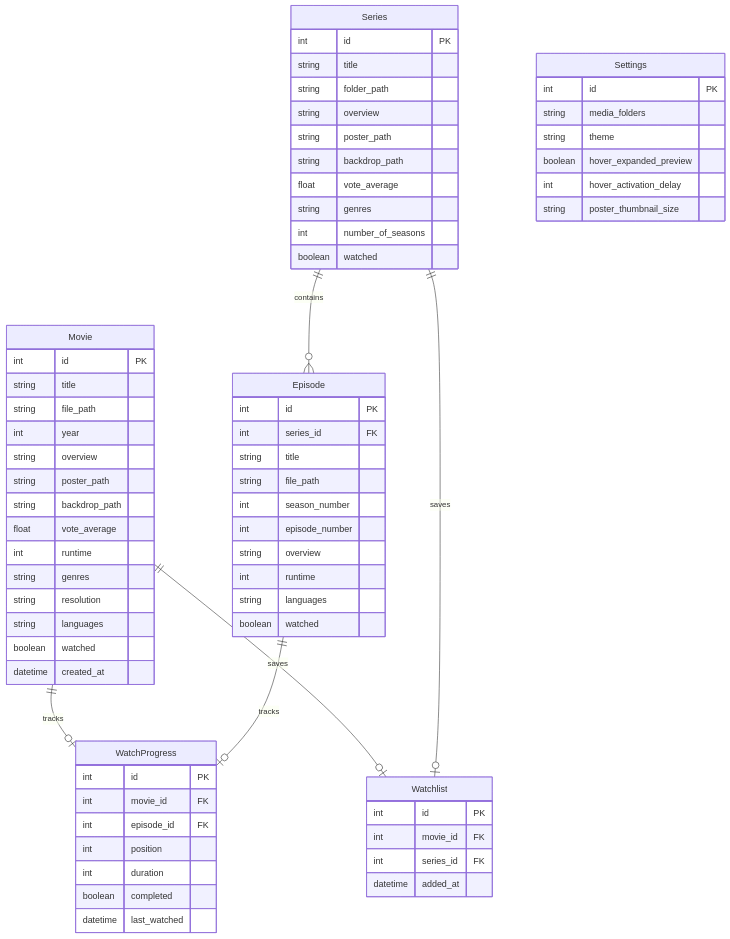
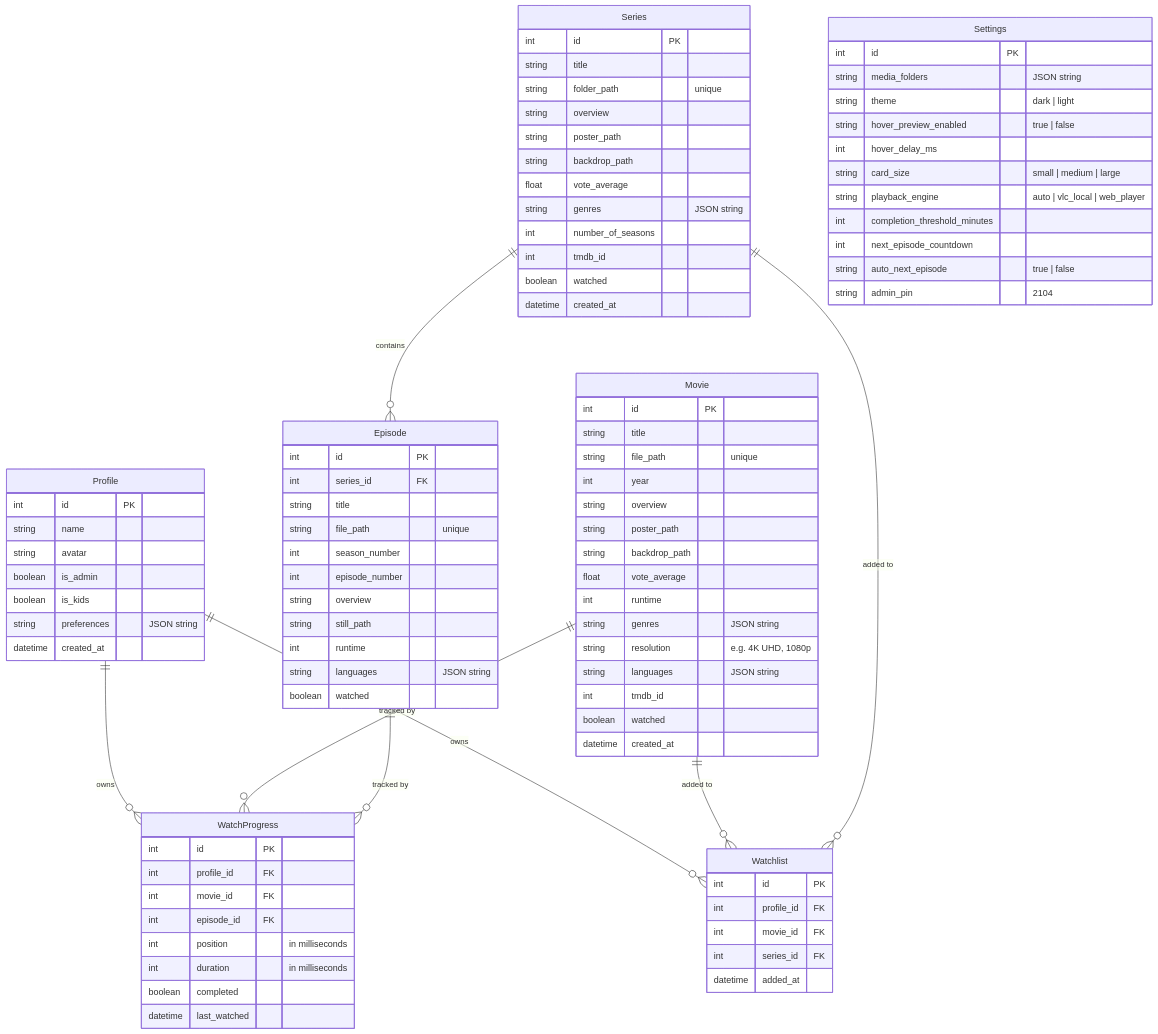
The seventh of 10 diagrams in docs/MASTER_ARCHITECTURE_GUIDE.md (vamshir21/CineTrack), drawn with Mermaid before and after one commit. The commit also changed other lines of this file and 1 other file, not shown here.

Commit message:
docs: rewrite master architecture guide and README for CineTrack 4.0

````diff
--- a/docs/MASTER_ARCHITECTURE_GUIDE.md
+++ b/docs/MASTER_ARCHITECTURE_GUIDE.md
@@ -152,18 +384,27 @@
 ```mermaid
 erDiagram
+    Profile ||--o{ WatchProgress : "owns"
+    Profile ||--o{ Watchlist : "owns"
+    Movie ||--o{ WatchProgress : "tracked by"
+    Movie ||--o{ Watchlist : "added to"
+    Series ||--o{ Episode : "contains"
+    Series ||--o{ Watchlist : "added to"
+    Episode ||--o{ WatchProgress : "tracked by"
+
     Movie {
         int id PK
         string title
-        string file_path
+        string file_path "unique"
         int year
         string overview
         string poster_path
         string backdrop_path
         float vote_average
         int runtime
-        string genres
-        string resolution
-        string languages
+        string genres "JSON string"
+        string resolution "e.g. 4K UHD, 1080p"
+        string languages "JSON string"
+        int tmdb_id
         boolean watched
         datetime created_at
     }
@@ -171,58 +412,72 @@
     Series {
         int id PK
         string title
-        string folder_path
+        string folder_path "unique"
         string overview
         string poster_path
         string backdrop_path
         float vote_average
-        string genres
+        string genres "JSON string"
         int number_of_seasons
+        int tmdb_id
         boolean watched
+        datetime created_at
     }
 
     Episode {
         int id PK
         int series_id FK
         string title
-        string file_path
+        string file_path "unique"
         int season_number
         int episode_number
         string overview
+        string still_path
         int runtime
-        string languages
+        string languages "JSON string"
         boolean watched
     }
 
     WatchProgress {
         int id PK
+        int profile_id FK
         int movie_id FK
         int episode_id FK
-        int position
-        int duration
+        int position "in milliseconds"
+        int duration "in milliseconds"
         boolean completed
         datetime last_watched
     }
 
     Watchlist {
         int id PK
+        int profile_id FK
         int movie_id FK
         int series_id FK
         datetime added_at
     }
 
+    Profile {
+        int id PK
+        string name
+        string avatar
+        boolean is_admin
+        boolean is_kids
+        string preferences "JSON string"
+        datetime created_at
+    }
+
     Settings {
         int id PK
-        string media_folders
-        string theme
-        boolean hover_expanded_preview
-        int hover_activation_delay
-        string poster_thumbnail_size
+        string media_folders "JSON string"
+        string theme "dark | light"
+        string hover_preview_enabled "true | false"
+        int hover_delay_ms
+        string card_size "small | medium | large"
+        string playback_engine "auto | vlc_local | web_player"
+        int completion_threshold_minutes
+        int next_episode_countdown
+        string auto_next_episode "true | false"
+        string admin_pin "2104"
     }
-
-    Series ||--o{ Episode : contains
-    Movie ||--o| WatchProgress : tracks
-    Episode ||--o| WatchProgress : tracks
-    Movie ||--o| Watchlist : saves
-    Series ||--o| Watchlist : saves
 ```
````
